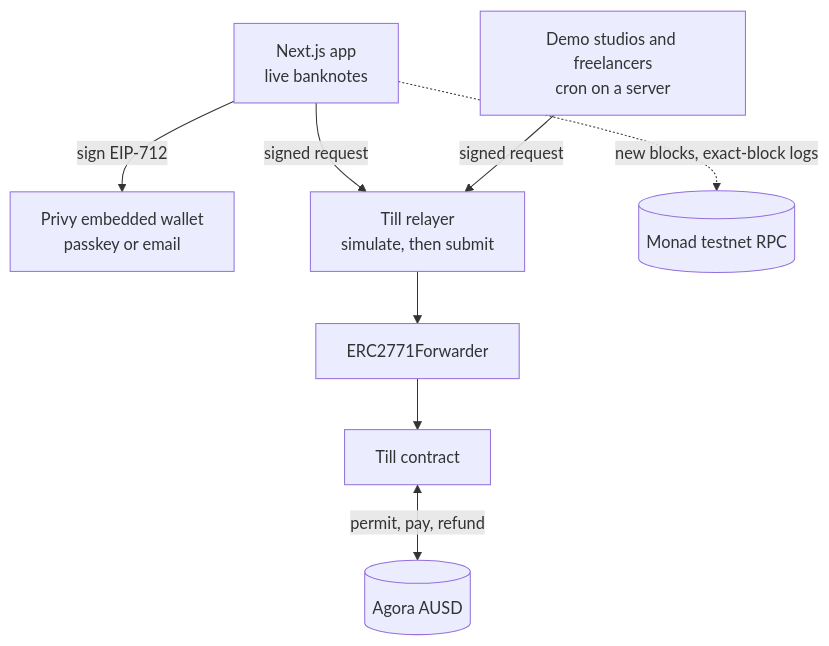
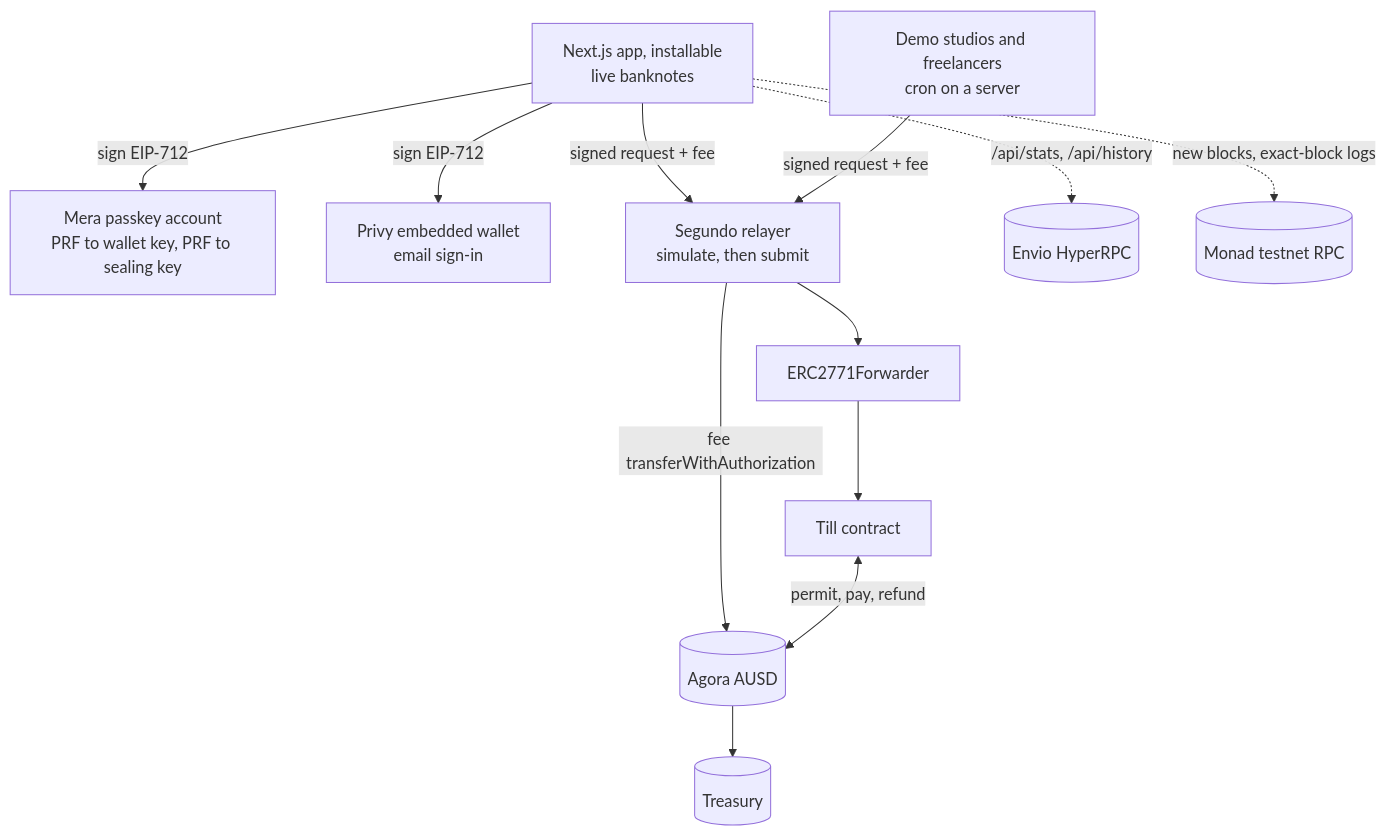
The second of 2 diagrams in README.md (RohanGlitched/segundo), drawn with Mermaid before and after one commit. The commit also changed other lines of this file and 49 other files, not shown here.

Commit message:
Docs for Segundo: README, VERIFY with the fee on chain, SECURITY; repo links

````diff
--- a/README.md
+++ b/README.md
@@ -156,17 +141,24 @@
 ```mermaid
 flowchart TB
-    APP["Next.js app<br/>live banknotes"]
-    WAL["Privy embedded wallet<br/>passkey or email"]
-    REL["Till relayer<br/>simulate, then submit"]
+    APP["Next.js app, installable<br/>live banknotes"]
+    MERA["Mera passkey account<br/>PRF to wallet key, PRF to sealing key"]
+    PRIVY["Privy embedded wallet<br/>email sign-in"]
+    REL["Segundo relayer<br/>simulate, then submit"]
     BOTS["Demo studios and freelancers<br/>cron on a server"]
     FWD["ERC2771Forwarder"]
     TILL["Till contract"]
     AUSD[("Agora AUSD")]
+    TRES[("Treasury")]
+    ENVIO[("Envio HyperRPC")]
     RPC[("Monad testnet RPC")]
-    APP -->|sign EIP-712| WAL
-    APP -->|signed request| REL
-    BOTS -->|signed request| REL
+    APP -->|sign EIP-712| MERA
+    APP -->|sign EIP-712| PRIVY
+    APP -->|signed request + fee| REL
+    BOTS -->|signed request + fee| REL
     REL --> FWD --> TILL
+    REL -->|fee transferWithAuthorization| AUSD
+    AUSD --> TRES
     TILL <-->|permit, pay, refund| AUSD
     APP -.->|new blocks, exact-block logs| RPC
+    APP -.->|/api/stats, /api/history| ENVIO
 ```
````
